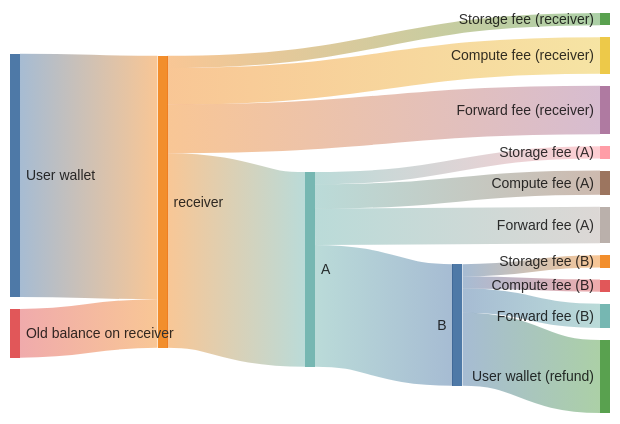
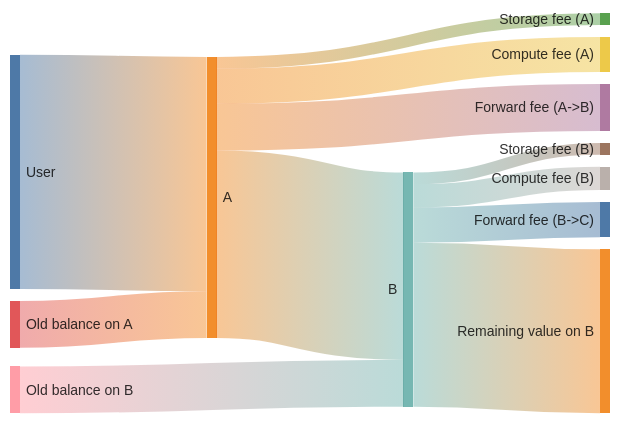
Before and after one commit to ton-org/docs: the second of 2 diagrams in techniques/gas.mdx, drawn with Mermaid. The commit also changed other lines of this file, not shown here.

````diff
--- a/techniques/gas.mdx
+++ b/techniques/gas.mdx
@@ -24,23 +24,20 @@
 ```mermaid
 ---
 config:
   sankey:
     showValues: false
 ---
 sankey-beta
 %% source,target,value
-User wallet,receiver,100
-Old balance on receiver,receiver,20
-receiver,A,80
-receiver,Storage fee (receiver),5
-receiver,Compute fee (receiver),15
-receiver,Forward fee (receiver),20
+User,A,100
+Old balance on A,A,20
+A,B,80
 A,Storage fee (A),5
-A,Compute fee (A),10
-A,Forward fee (A),15
-A,B,50
+A,Compute fee (A),15
+A,Forward fee (A->B),20
+Old balance on B,B,20
 B,Storage fee (B),5
-B,Compute fee (B),5
-B,Forward fee (B),10
-B,User wallet (refund),30
+B,Compute fee (B),10
+B,Forward fee (B->C),15
+B,Remaining value on B,70
 ```
````
